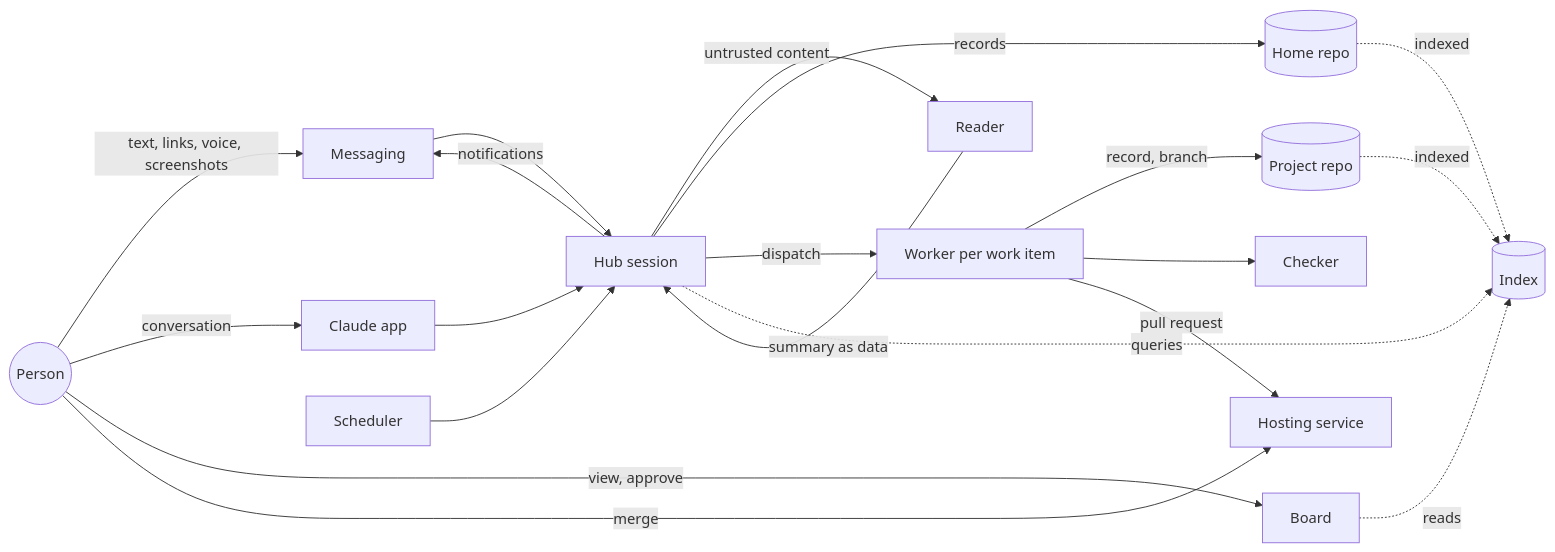
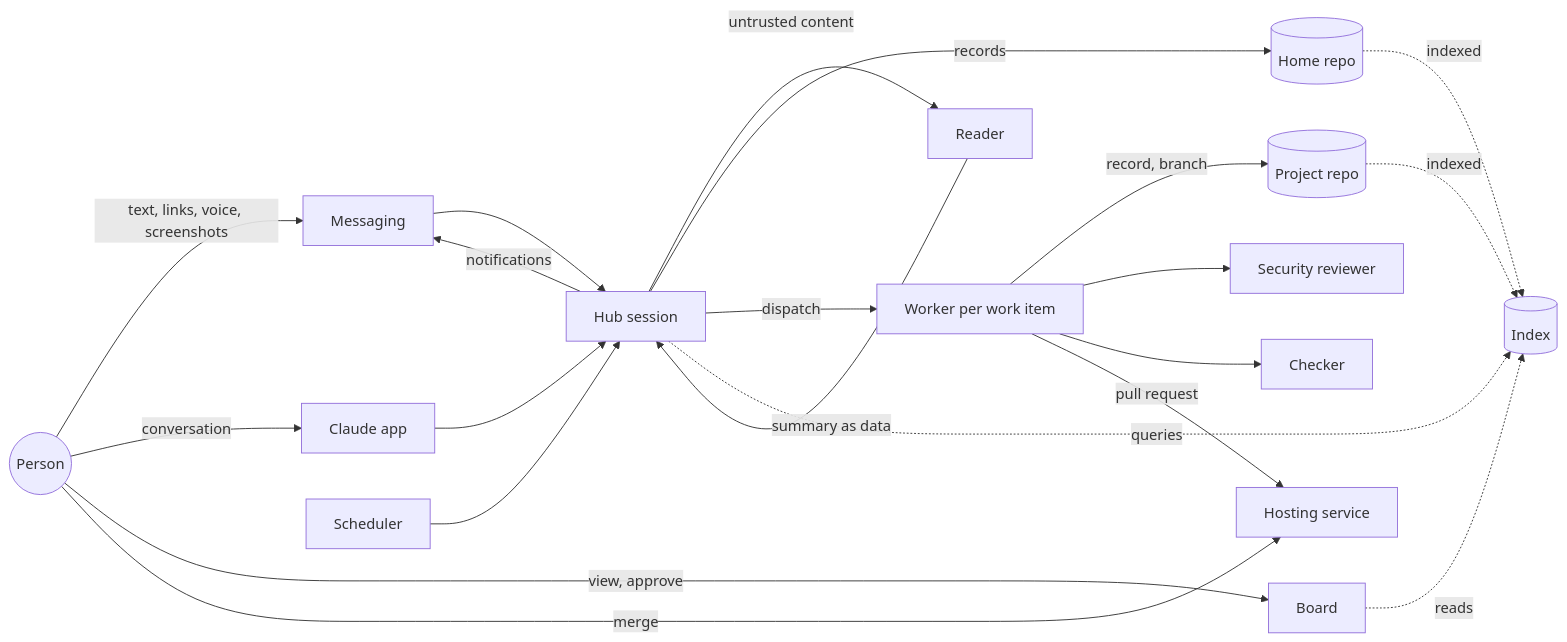
Before and after one commit to twoends/honsha: the diagram in docs/01-specs/ARCHITECTURE.md, drawn with Mermaid. The commit also changed other lines of this file and 18 other files, not shown here.

First line of the commit message:
Add the security reviewer and its skill, and give the review its place in the rules and the documents

````diff
--- a/docs/01-specs/ARCHITECTURE.md
+++ b/docs/01-specs/ARCHITECTURE.md
@@ -41,22 +42,23 @@
 ```mermaid
 flowchart LR
   P((Person)) -- text, links, voice, screenshots --> M[Messaging]
   P -- conversation --> A[Claude app]
   P -- view, approve --> B[Board]
   M --> H[Hub session]
   A --> H
   H -- untrusted content --> R[Reader]
   R -- summary as data --> H
   H -- records --> HOME[(Home repo)]
   H -- dispatch --> W[Worker per work item]
   W -- record, branch --> PRJ[(Project repo)]
+  W --> SR[Security reviewer]
   W --> C[Checker]
   W -- pull request --> GH[Hosting service]
   P -- merge --> GH
   S[Scheduler] --> H
   HOME -. indexed .-> X[(Index)]
   PRJ -. indexed .-> X
   B -. reads .-> X
   H -. queries .-> X
   H -- notifications --> M
 ```
````
